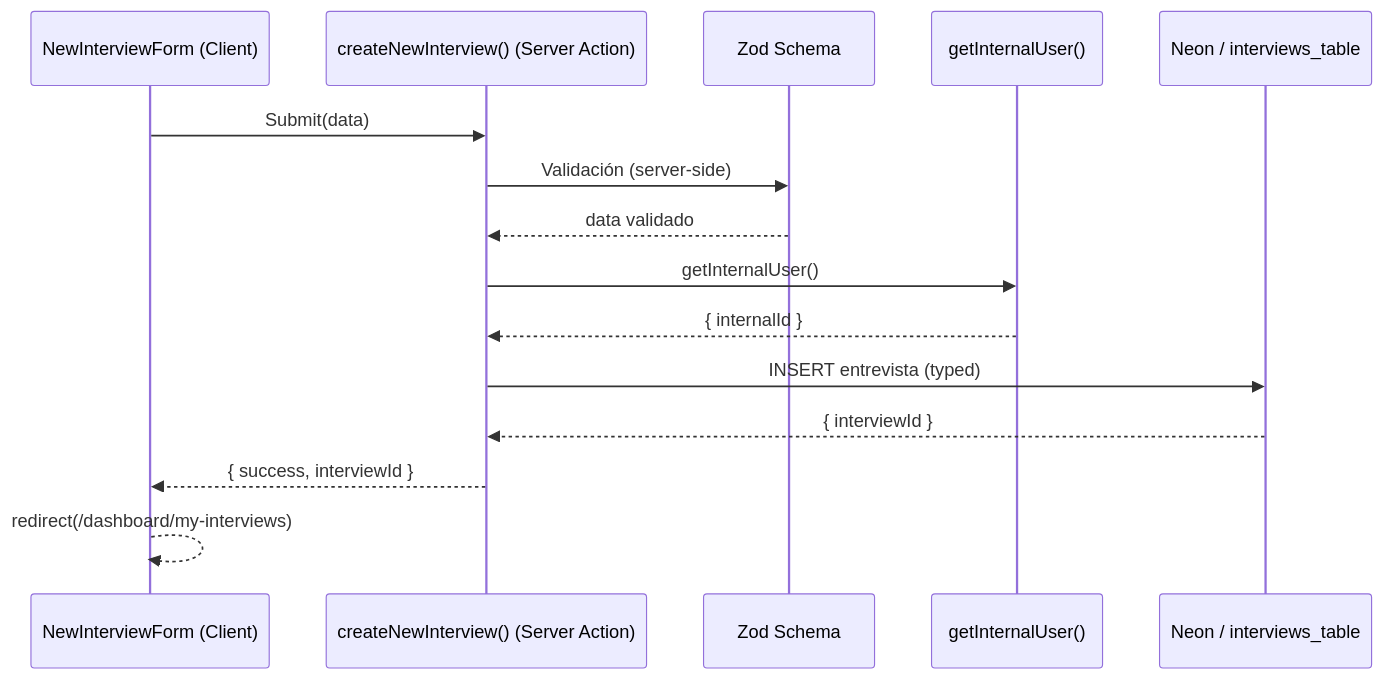
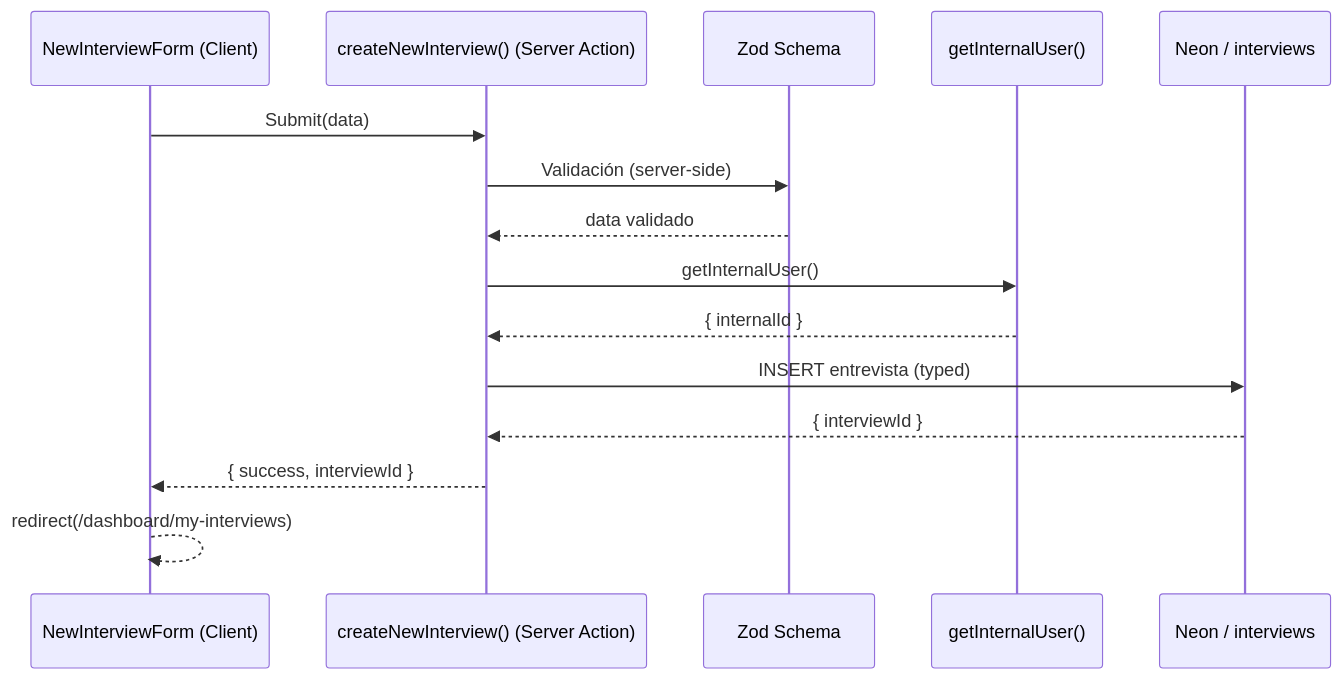
One commit to MarceM1/demo_AscendIA changed the fifth of 13 diagrams in docs/ARCHITECTURE_DIAGRAMS.md. Above: the diagram before and after it, drawn with Mermaid. The commit also changed other lines of this file and 8 other files, not shown here.

````diff
--- a/docs/ARCHITECTURE_DIAGRAMS.md
+++ b/docs/ARCHITECTURE_DIAGRAMS.md
@@ -247,19 +247,19 @@
 ```mermaid
 sequenceDiagram
     participant UI as NewInterviewForm (Client)
     participant SA as createNewInterview() (Server Action)
     participant Z as Zod Schema
     participant GET as getInternalUser()
-    participant DB as Neon / interviews_table
+    participant DB as Neon / interviews
 
     UI->>SA: Submit(data)
     SA->>Z: Validación (server-side)
     Z-->>SA: data validado
     SA->>GET: getInternalUser()
     GET-->>SA: { internalId }
     SA->>DB: INSERT entrevista (typed)
     DB-->>SA: { interviewId }
     SA-->>UI: { success, interviewId }
     UI-->>UI: redirect(/dashboard/my-interviews)
 
 ```
````
